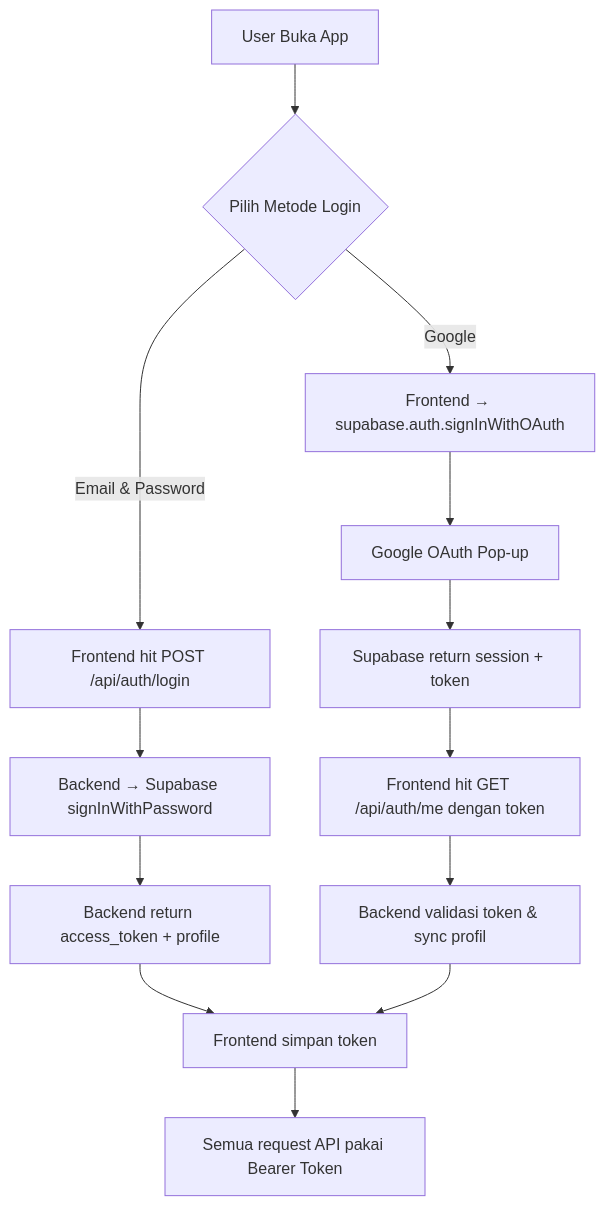
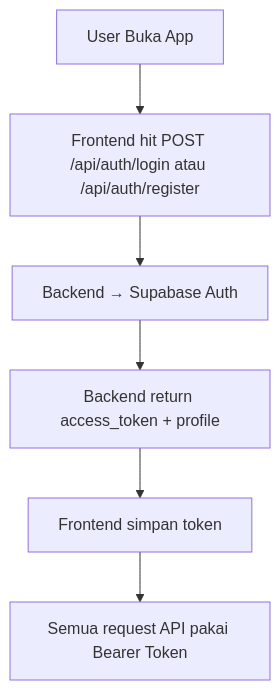
Before and after one commit to saifulohyr/FinPredict: the diagram in frontend/auth_guide.md, drawn with Mermaid. The commit also changed other lines of this file and 6 other files, not shown here.

````diff
--- a/frontend/auth_guide.md
+++ b/frontend/auth_guide.md
@@ -199,18 +134,8 @@
 ```mermaid
 flowchart TD
-    A[User Buka App] --> B{Pilih Metode Login}
-
-    B -->|Email & Password| C["Frontend hit POST /api/auth/login"]
-    C --> D["Backend → Supabase signInWithPassword"]
+    A[User Buka App] --> C["Frontend hit POST /api/auth/login atau /api/auth/register"]
+    C --> D["Backend → Supabase Auth"]
     D --> E["Backend return access_token + profile"]
     E --> F["Frontend simpan token"]
-
-    B -->|Google| G["Frontend → supabase.auth.signInWithOAuth"]
-    G --> H["Google OAuth Pop-up"]
-    H --> I["Supabase return session + token"]
-    I --> J["Frontend hit GET /api/auth/me dengan token"]
-    J --> K["Backend validasi token & sync profil"]
-    K --> F
-
     F --> L["Semua request API pakai Bearer Token"]
 ```
````
